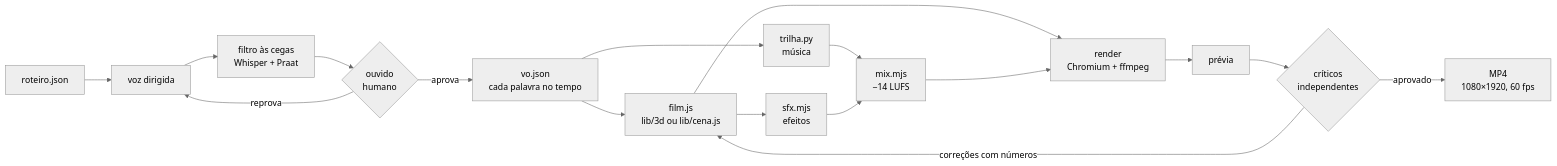
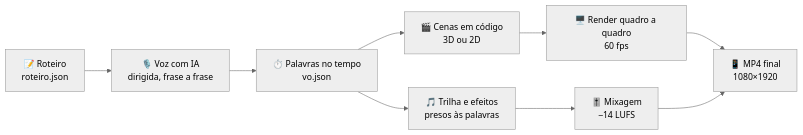
One commit to FilipeMolinariMoura/fabrica-de-criativos changed the diagram in README.md. Above: the diagram before and after it, drawn with Mermaid (neutral theme). The commit also changed other lines of this file and 51 other files, not shown here.

````diff
--- a/README.md
+++ b/README.md
@@ -159,19 +63,11 @@
 ```mermaid
 flowchart LR
-  R[roteiro.json] --> V[voz dirigida]
-  V --> A[filtro às cegas<br/>Whisper + Praat]
-  A --> H{ouvido<br/>humano}
-  H -- reprova --> V
-  H -- aprova --> VO[vo.json<br/>cada palavra no tempo]
-  VO --> F[film.js<br/>lib/3d ou lib/cena.js]
-  VO --> T[trilha.py<br/>música]
-  F --> E[sfx.mjs<br/>efeitos]
-  T --> X[mix.mjs<br/>−14 LUFS]
-  E --> X
-  F --> RD[render<br/>Chromium + ffmpeg]
-  X --> RD
-  RD --> P[prévia]
-  P --> C{críticos<br/>independentes}
-  C -- correções com números --> F
-  C -- aprovado --> M[MP4<br/>1080×1920, 60 fps]
+    A["📝 Roteiro<br/>roteiro.json"] --> B["🎙️ Voz com IA<br/>dirigida, frase a frase"]
+    B --> C["⏱️ Palavras no tempo<br/>vo.json"]
+    C --> D["🎬 Cenas em código<br/>3D ou 2D"]
+    C --> E["🎵 Trilha e efeitos<br/>presos às palavras"]
+    D --> F["🖥️ Render quadro a quadro<br/>60 fps"]
+    E --> G["🎚️ Mixagem<br/>−14 LUFS"]
+    F --> H["📱 MP4 final<br/>1080×1920"]
+    G --> H
 ```
````
